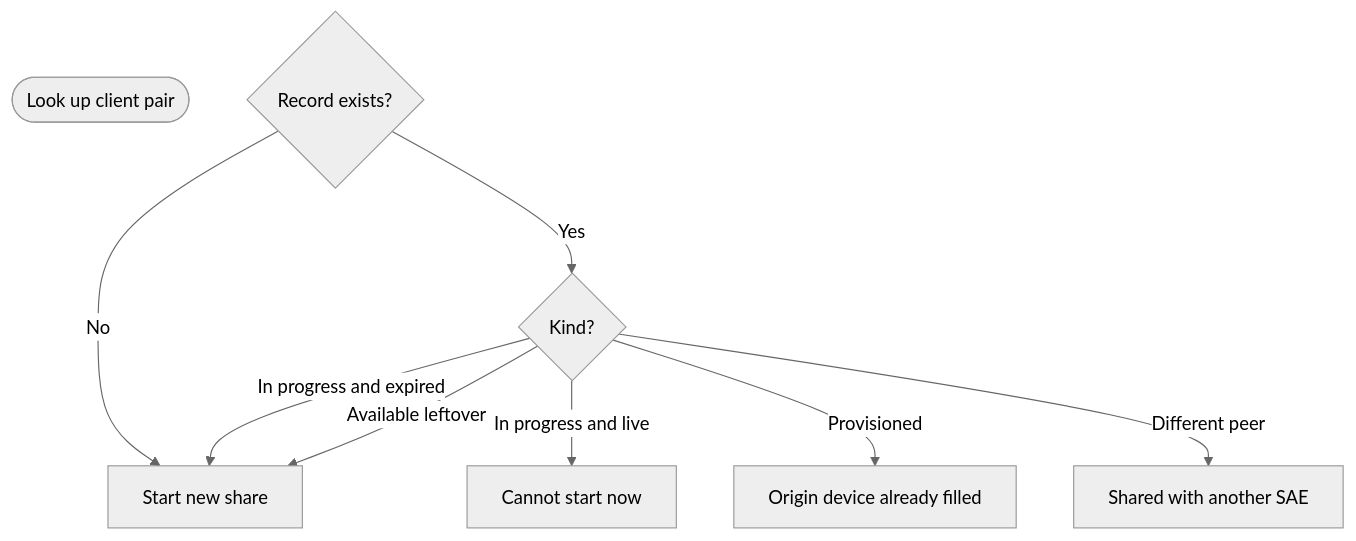
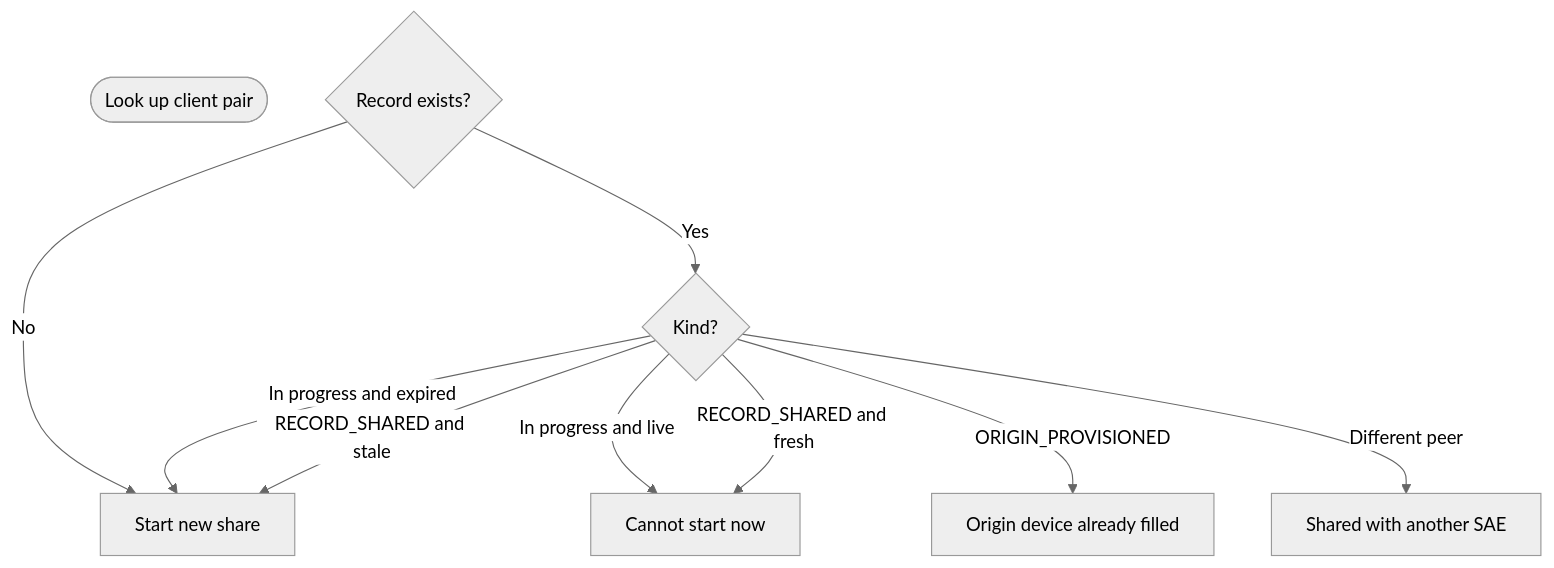
Before and after one commit to vonasmic/one-time-pad-keychain: the sixth of 10 diagrams in JAVA_APPS/docs/FLOWCHARTS.md, drawn with Mermaid (neutral theme). The commit also changed other lines of this file and 98 other files, not shown here.

````diff
--- a/JAVA_APPS/docs/FLOWCHARTS.md
+++ b/JAVA_APPS/docs/FLOWCHARTS.md
@@ -199,13 +198,14 @@
 ```mermaid
 flowchart TD
     Begin([Look up client pair])
     Exists{Record exists?}
     Exists -->|No| AllowNew[Start new share]
     Exists -->|Yes| Kind{Kind?}
 
     Kind -->|In progress and expired| AllowNew
     Kind -->|In progress and live| Wait[Cannot start now]
-    Kind -->|Available leftover| AllowNew
-    Kind -->|Provisioned| Filled[Origin device already filled]
+    Kind -->|RECORD_SHARED and stale| AllowNew
+    Kind -->|RECORD_SHARED and fresh| Wait
+    Kind -->|ORIGIN_PROVISIONED| Filled[Origin device already filled]
     Kind -->|Different peer| SharedElsewhere[Shared with another SAE]
 ```
````
